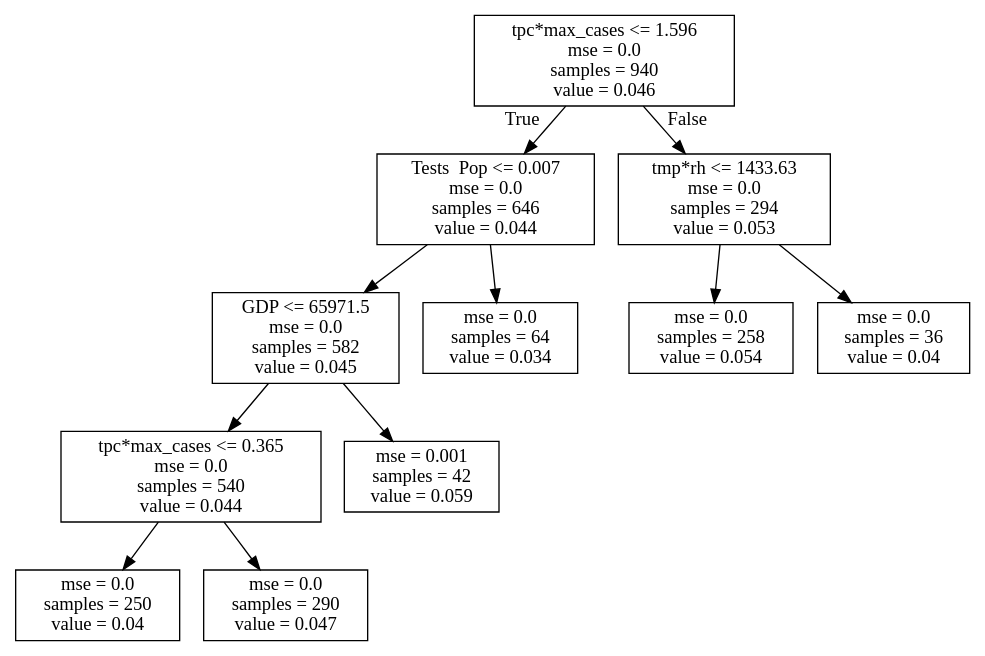
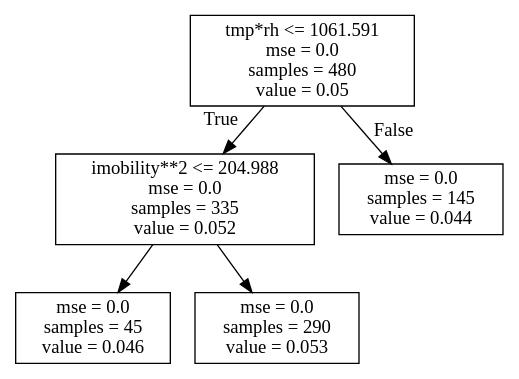
Before and after one commit to hopl1t/covid19: the diagram in products/decision_tree/decision_tree_GF_Q2_run4.dot, drawn with Graphviz. The commit also changed 42 other files, not shown here.

```diff
--- a/products/decision_tree/decision_tree_GF_Q2_run4.dot
+++ b/products/decision_tree/decision_tree_GF_Q2_run4.dot
@@ -1,24 +1,12 @@
 digraph Tree {
 node [shape=box] ;
-0 [label="tpc*max_cases <= 1.596\nmse = 0.0\nsamples = 940\nvalue = 0.046"] ;
-1 [label="Tests \ Pop <= 0.007\nmse = 0.0\nsamples = 646\nvalue = 0.044"] ;
+0 [label="tmp*rh <= 1061.591\nmse = 0.0\nsamples = 480\nvalue = 0.05"] ;
+1 [label="imobility**2 <= 204.988\nmse = 0.0\nsamples = 335\nvalue = 0.052"] ;
 0 -> 1 [labeldistance=2.5, labelangle=45, headlabel="True"] ;
-2 [label="GDP <= 65971.5\nmse = 0.0\nsamples = 582\nvalue = 0.045"] ;
+2 [label="mse = 0.0\nsamples = 45\nvalue = 0.046"] ;
 1 -> 2 ;
-3 [label="tpc*max_cases <= 0.365\nmse = 0.0\nsamples = 540\nvalue = 0.044"] ;
-2 -> 3 ;
-4 [label="mse = 0.0\nsamples = 250\nvalue = 0.04"] ;
-3 -> 4 ;
-5 [label="mse = 0.0\nsamples = 290\nvalue = 0.047"] ;
-3 -> 5 ;
-6 [label="mse = 0.001\nsamples = 42\nvalue = 0.059"] ;
-2 -> 6 ;
-7 [label="mse = 0.0\nsamples = 64\nvalue = 0.034"] ;
-1 -> 7 ;
-8 [label="tmp*rh <= 1433.63\nmse = 0.0\nsamples = 294\nvalue = 0.053"] ;
-0 -> 8 [labeldistance=2.5, labelangle=-45, headlabel="False"] ;
-9 [label="mse = 0.0\nsamples = 258\nvalue = 0.054"] ;
-8 -> 9 ;
-10 [label="mse = 0.0\nsamples = 36\nvalue = 0.04"] ;
-8 -> 10 ;
+3 [label="mse = 0.0\nsamples = 290\nvalue = 0.053"] ;
+1 -> 3 ;
+4 [label="mse = 0.0\nsamples = 145\nvalue = 0.044"] ;
+0 -> 4 [labeldistance=2.5, labelangle=-45, headlabel="False"] ;
 }
```
